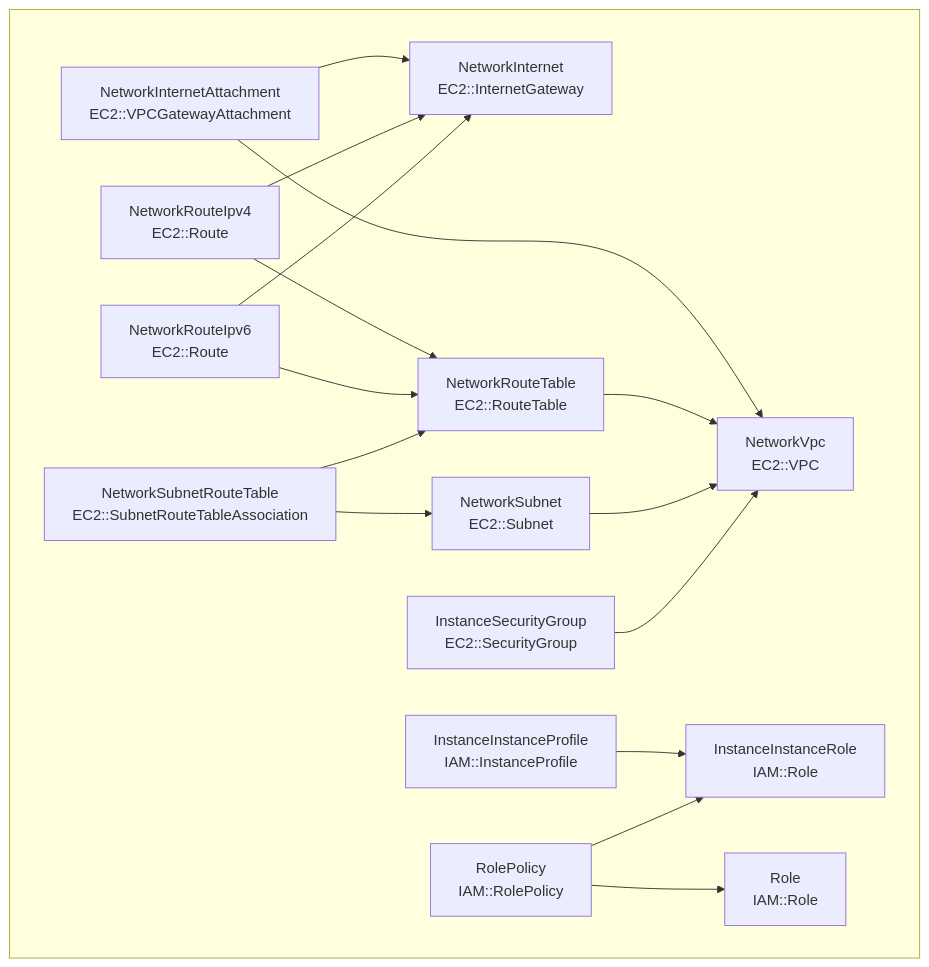
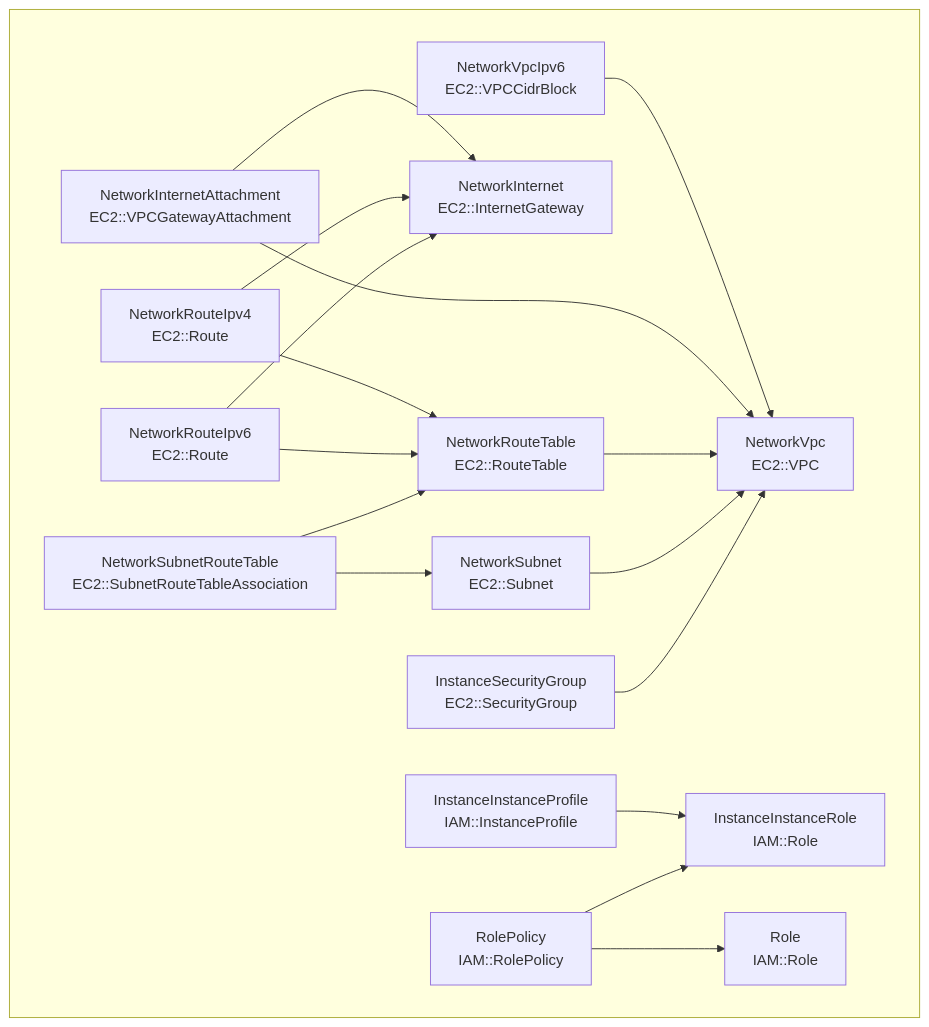
One commit to redoapp/fast-actions-runner-ec2 changed the diagram in doc/basic_cluster.md. Above: the diagram before and after it, drawn with Mermaid. The commit also changed 4 other files, not shown here.

````diff
--- a/doc/basic_cluster.md
+++ b/doc/basic_cluster.md
@@ -1,21 +1,22 @@
 ```mermaid
 	flowchart TB;
 		subgraph &nbsp;
+		rootNetworkVpcIpv6[NetworkVpcIpv6<br/>EC2::VPCCidrBlock]-->rootNetworkVpc[NetworkVpc<br/>EC2::VPC]
 		rootNetworkInternetAttachment[NetworkInternetAttachment<br/>EC2::VPCGatewayAttachment]-->rootNetworkInternet[NetworkInternet<br/>EC2::InternetGateway]
 		rootNetworkInternetAttachment[NetworkInternetAttachment<br/>EC2::VPCGatewayAttachment]-->rootNetworkVpc[NetworkVpc<br/>EC2::VPC]
 		rootNetworkRouteTable[NetworkRouteTable<br/>EC2::RouteTable]-->rootNetworkVpc[NetworkVpc<br/>EC2::VPC]
 		rootNetworkRouteIpv4[NetworkRouteIpv4<br/>EC2::Route]-->rootNetworkInternet[NetworkInternet<br/>EC2::InternetGateway]
 		rootNetworkRouteIpv4[NetworkRouteIpv4<br/>EC2::Route]-->rootNetworkRouteTable[NetworkRouteTable<br/>EC2::RouteTable]
 		rootNetworkRouteIpv6[NetworkRouteIpv6<br/>EC2::Route]-->rootNetworkInternet[NetworkInternet<br/>EC2::InternetGateway]
 		rootNetworkRouteIpv6[NetworkRouteIpv6<br/>EC2::Route]-->rootNetworkRouteTable[NetworkRouteTable<br/>EC2::RouteTable]
 		rootNetworkSubnet[NetworkSubnet<br/>EC2::Subnet]-->rootNetworkVpc[NetworkVpc<br/>EC2::VPC]
 		rootNetworkSubnetRouteTable[NetworkSubnetRouteTable<br/>EC2::SubnetRouteTableAssociation]-->rootNetworkRouteTable[NetworkRouteTable<br/>EC2::RouteTable]
 		rootNetworkSubnetRouteTable[NetworkSubnetRouteTable<br/>EC2::SubnetRouteTableAssociation]-->rootNetworkSubnet[NetworkSubnet<br/>EC2::Subnet]
 		rootInstanceInstanceProfile[InstanceInstanceProfile<br/>IAM::InstanceProfile]-->rootInstanceInstanceRole[InstanceInstanceRole<br/>IAM::Role]
 		rootInstanceSecurityGroup[InstanceSecurityGroup<br/>EC2::SecurityGroup]-->rootNetworkVpc[NetworkVpc<br/>EC2::VPC]
 		rootRolePolicy[RolePolicy<br/>IAM::RolePolicy]-->rootRole[Role<br/>IAM::Role]
 		rootRolePolicy[RolePolicy<br/>IAM::RolePolicy]-->rootInstanceInstanceRole[InstanceInstanceRole<br/>IAM::Role]
 
   	end
 
 ```
````
